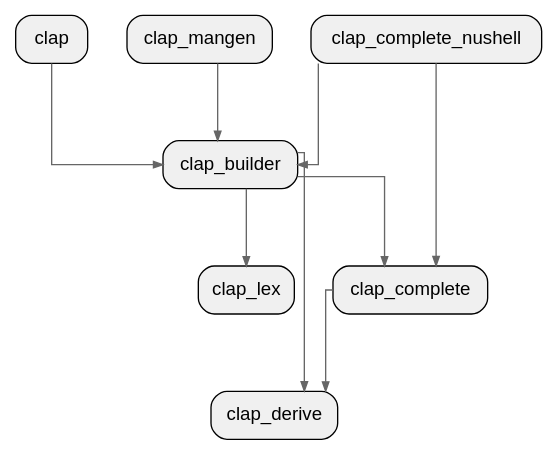
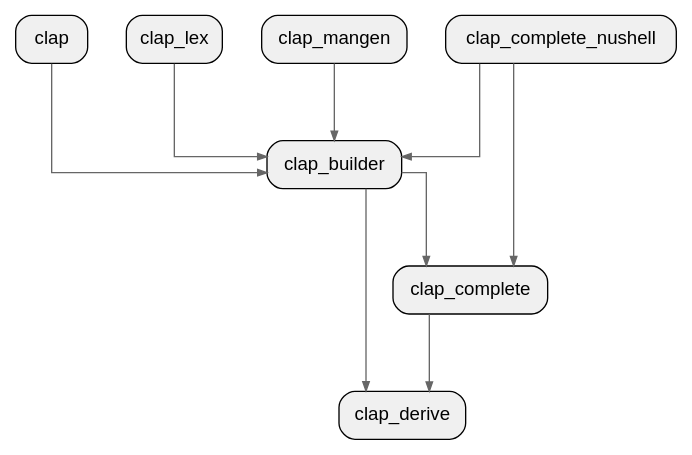
The diagram in sample/clap-pagerank/depth_1_crate.dot (allenanswerzq/llmcc), drawn with Graphviz before and after one commit. The commit also changed 194 other files, not shown here.

```diff
--- a/sample/clap-pagerank/depth_1_crate.dot
+++ b/sample/clap-pagerank/depth_1_crate.dot
@@ -1,32 +1,32 @@
 digraph architecture {
   // Layout settings
   rankdir=TB;
   ranksep=0.8;
   nodesep=0.4;
   splines=ortho;
   concentrate=true;
 
   node [shape=box, style="rounded,filled", fillcolor="#f0f0f0", fontname="Helvetica"];
   edge [color="#666666", arrowsize=0.7];
 
   labelloc=t;
   fontsize=16;
   fontname="Helvetica Bold";
 
   crate_clap[label="clap"];
   crate_clap_builder[label="clap_builder"];
   crate_clap_complete[label="clap_complete"];
   crate_clap_complete_nushell[label="clap_complete_nushell"];
   crate_clap_derive[label="clap_derive"];
   crate_clap_lex[label="clap_lex"];
   crate_clap_mangen[label="clap_mangen"];
 
   crate_clap -> crate_clap_builder;
   crate_clap_builder -> crate_clap_complete;
   crate_clap_builder -> crate_clap_derive;
-  crate_clap_builder -> crate_clap_lex;
   crate_clap_complete -> crate_clap_derive;
   crate_clap_complete_nushell -> crate_clap_builder;
   crate_clap_complete_nushell -> crate_clap_complete;
+  crate_clap_lex -> crate_clap_builder;
   crate_clap_mangen -> crate_clap_builder;
 }
```
